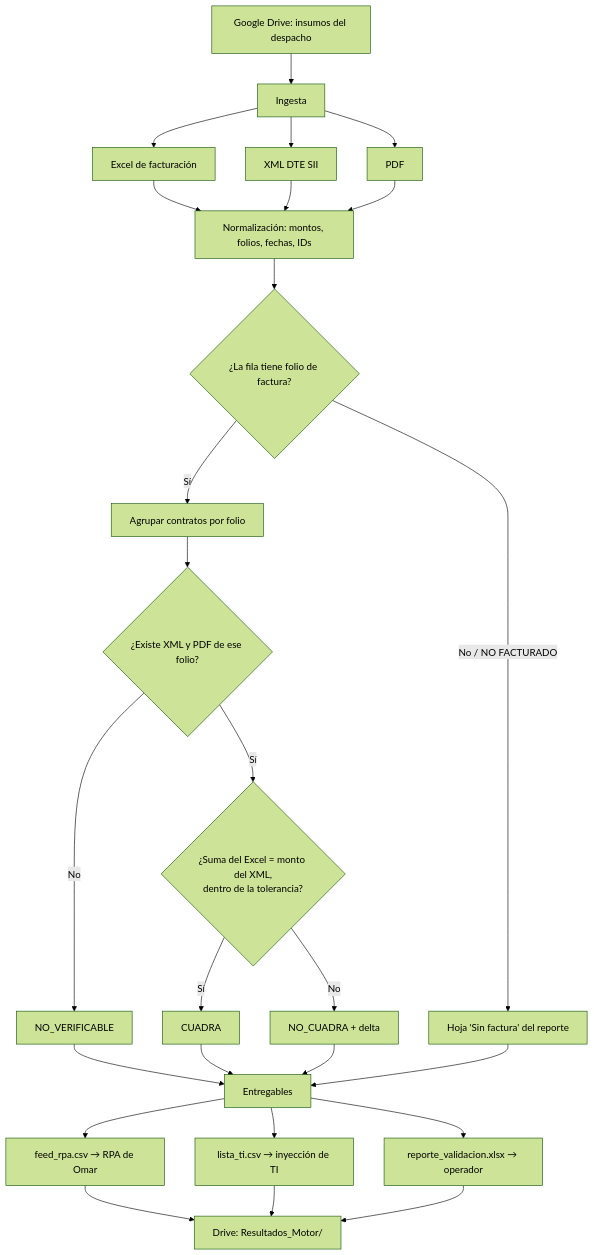
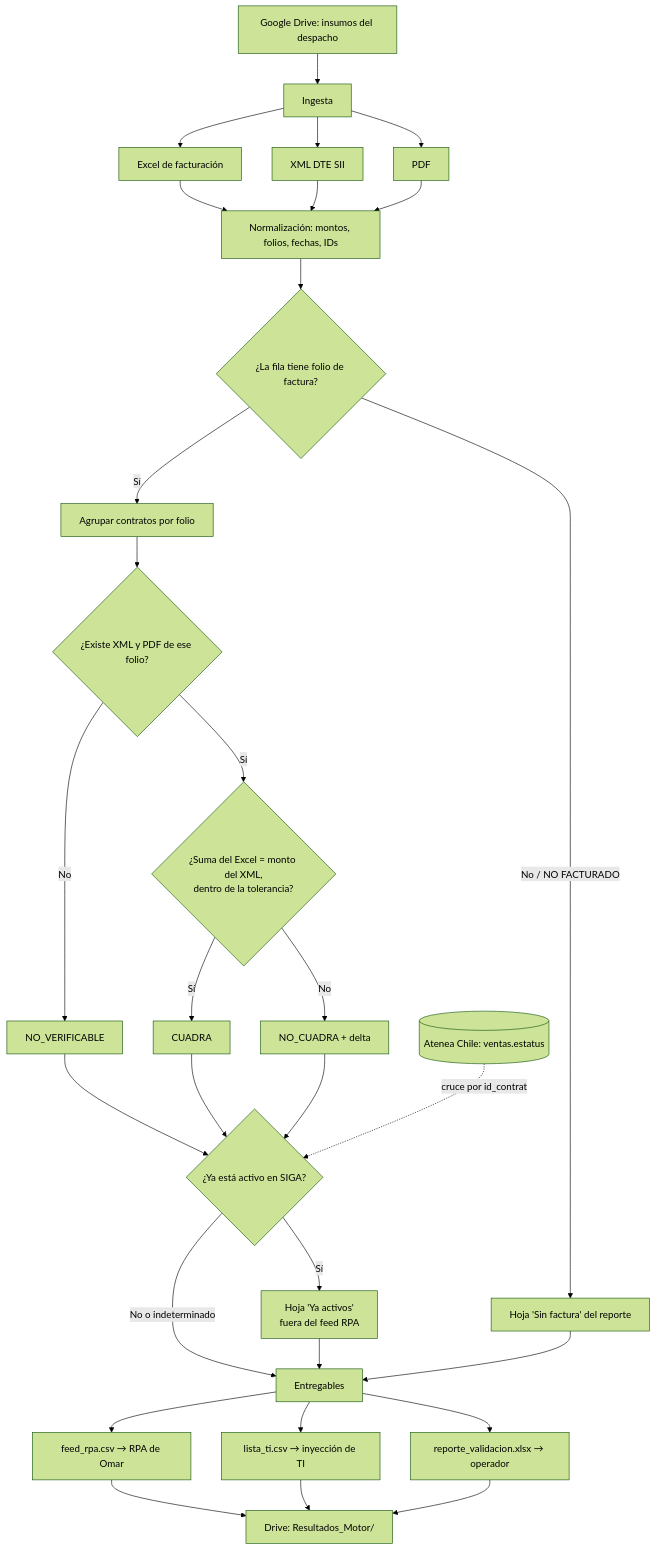
The first of 2 diagrams in Garantiplus/PJ4668-activacion-contratos-chile/PRD.md (garantiplusmexico/enginecx_prd), drawn with Mermaid (forest theme) before and after one commit. The commit also changed other lines of this file and 1 other file, not shown here.

Commit message:
feat(prd): PJ4668 v1.2 — cruce contra estado de activacion en SIGA (RF-16, RF-17) + tarea T-13A en el plan

````diff
--- a/Garantiplus/PJ4668-activacion-contratos-chile/PRD.md
+++ b/Garantiplus/PJ4668-activacion-contratos-chile/PRD.md
@@ -103,28 +104,32 @@
 ```mermaid
 flowchart TD
     A[Google Drive: insumos del despacho] --> B[Ingesta]
     B --> B1[Excel de facturación]
     B --> B2[XML DTE SII]
     B --> B3[PDF]
     B1 --> C[Normalización: montos, folios, fechas, IDs]
     B2 --> C
     B3 --> C
     C --> D{¿La fila tiene folio de factura?}
     D -->|No / NO FACTURADO| E[Hoja 'Sin factura' del reporte]
     D -->|Sí| F[Agrupar contratos por folio]
     F --> G{¿Existe XML y PDF de ese folio?}
     G -->|No| H[NO_VERIFICABLE]
     G -->|Sí| I{¿Suma del Excel = monto del XML,<br/>dentro de la tolerancia?}
     I -->|Sí| J[CUADRA]
     I -->|No| K[NO_CUADRA + delta]
-    H --> L[Entregables]
-    J --> L
-    K --> L
+    H --> Q{¿Ya está activo en SIGA?}
+    J --> Q
+    K --> Q
+    S[(Atenea Chile: ventas.estatus)] -.cruce por id_contrato.-> Q
+    Q -->|Sí| R[Hoja 'Ya activos'<br/>fuera del feed RPA]
+    Q -->|No o indeterminado| L[Entregables]
+    R --> L
     E --> L
     L --> M[feed_rpa.csv → RPA de Omar]
     L --> N[lista_ti.csv → inyección de TI]
     L --> O[reporte_validacion.xlsx → operador]
     M --> P[Drive: Resultados_Motor/]
     N --> P
     O --> P
 ```
````
